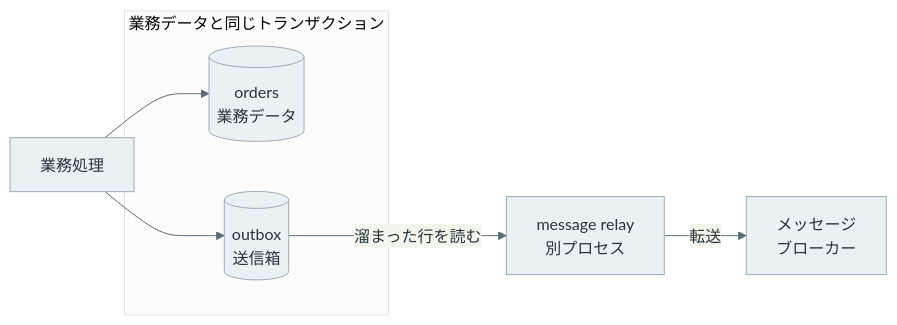
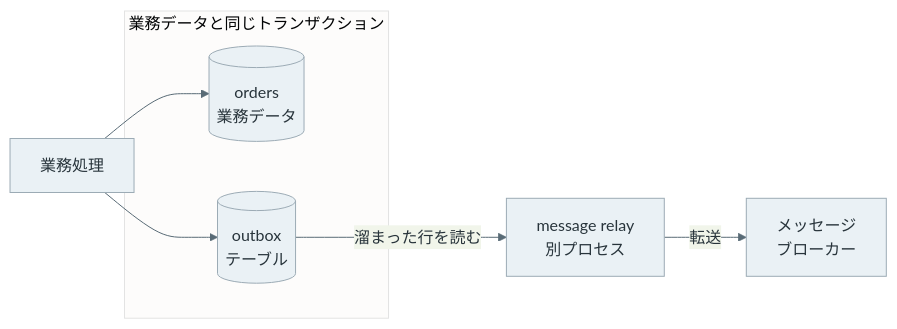
One commit to nao1215/debimate changed the third of 4 diagrams in content/notes/software-architecture/domain-event/index.md. Above: the diagram before and after it, drawn with Mermaid. The commit also changed other lines of this file and 27 other files, not shown here.

````diff
--- a/content/notes/software-architecture/domain-event/index.md
+++ b/content/notes/software-architecture/domain-event/index.md
@@ -220,15 +220,15 @@
 ```mermaid
 %%{init: {"theme":"base","themeVariables":{"primaryColor":"#eaf1f5","primaryTextColor":"#28343b","primaryBorderColor":"#9cabb5","lineColor":"#596b76","textColor":"#28343b","actorBkg":"#eaf1f5","actorBorder":"#9cabb5","actorTextColor":"#28343b","actorLineColor":"#9cabb5","signalColor":"#596b76","signalTextColor":"#28343b","noteBkgColor":"#f7f1e5","noteBorderColor":"#c5b99b","noteTextColor":"#403c32","activationBkgColor":"#edf3ef","activationBorderColor":"#9aafa1"}}}%%
 flowchart LR
     subgraph TX["業務データと同じトランザクション"]
         O[("orders<br/>業務データ")]
-        OB[("outbox<br/>送信箱")]
+        OB[("outbox<br/>テーブル")]
     end
     AP["業務処理"] --> O
     AP --> OB
     R["message relay<br/>別プロセス"]
     B["メッセージ<br/>ブローカー"]
     OB -- "溜まった行を読む" --> R
     R -- 転送 --> B
     classDef default fill:#eaf1f5,stroke:#9cabb5,color:#28343b;
 ```
````
